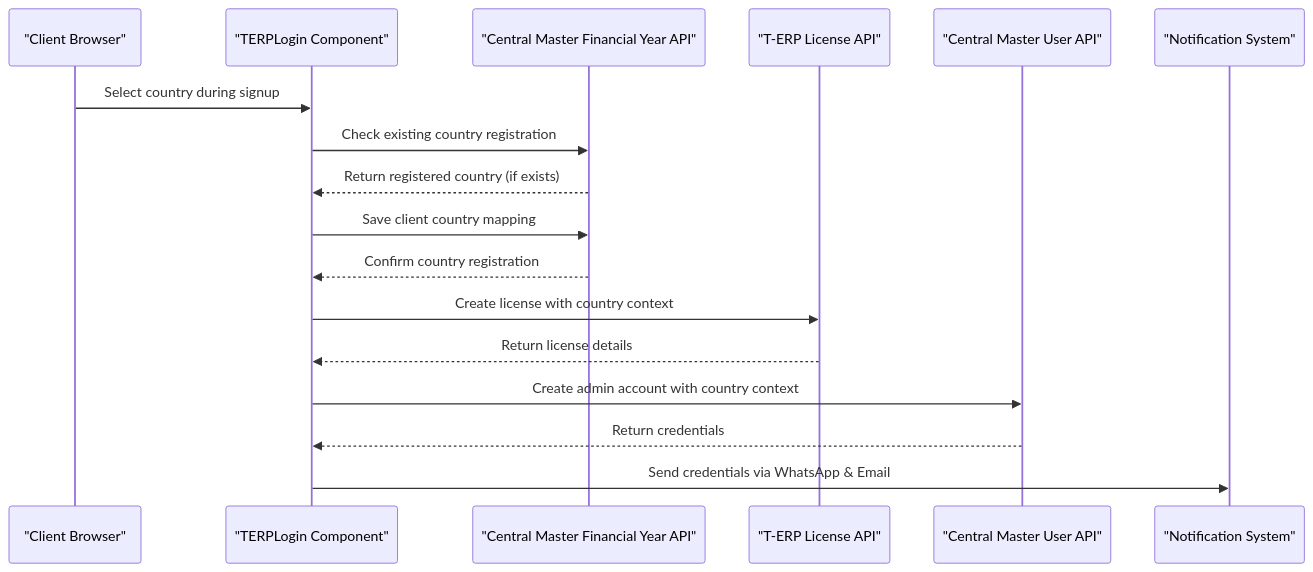
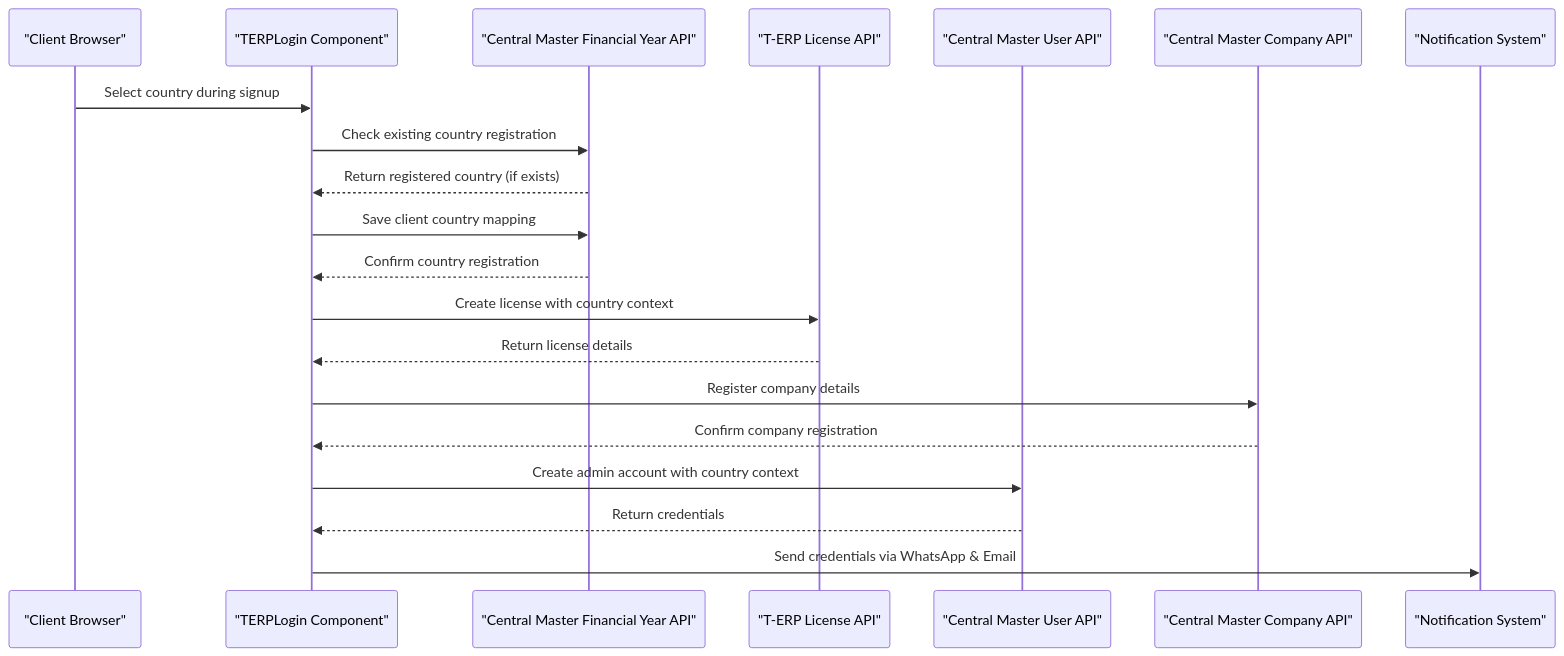
Before and after one commit to imcbsglobal/TRELLISCO_ERP_FRONTEND: the second of 6 diagrams in .qoder/repowiki/en/content/Application Architecture/Authentication & Authorization.md, drawn with Mermaid. The commit also changed other lines of this file and 27 other files, not shown here.

Commit message:
COMPANY MASTER

````diff
--- a/.qoder/repowiki/en/content/Application Architecture/Authentication & Authorization.md
+++ b/.qoder/repowiki/en/content/Application Architecture/Authentication & Authorization.md
@@ -141,19 +144,22 @@
 ```mermaid
 sequenceDiagram
 participant Client as "Client Browser"
 participant TERPLogin as "TERPLogin Component"
 participant FinancialYearAPI as "Central Master Financial Year API"
 participant LicenseAPI as "T-ERP License API"
 participant UserMaster as "Central Master User API"
+participant CompanyMaster as "Central Master Company API"
 participant Notifications as "Notification System"
 Client->>TERPLogin : Select country during signup
 TERPLogin->>FinancialYearAPI : Check existing country registration
 FinancialYearAPI-->>TERPLogin : Return registered country (if exists)
 TERPLogin->>FinancialYearAPI : Save client country mapping
 FinancialYearAPI-->>TERPLogin : Confirm country registration
 TERPLogin->>LicenseAPI : Create license with country context
 LicenseAPI-->>TERPLogin : Return license details
+TERPLogin->>CompanyMaster : Register company details
+CompanyMaster-->>TERPLogin : Confirm company registration
 TERPLogin->>UserMaster : Create admin account with country context
 UserMaster-->>TERPLogin : Return credentials
 TERPLogin->>Notifications : Send credentials via WhatsApp & Email
 ```
````
